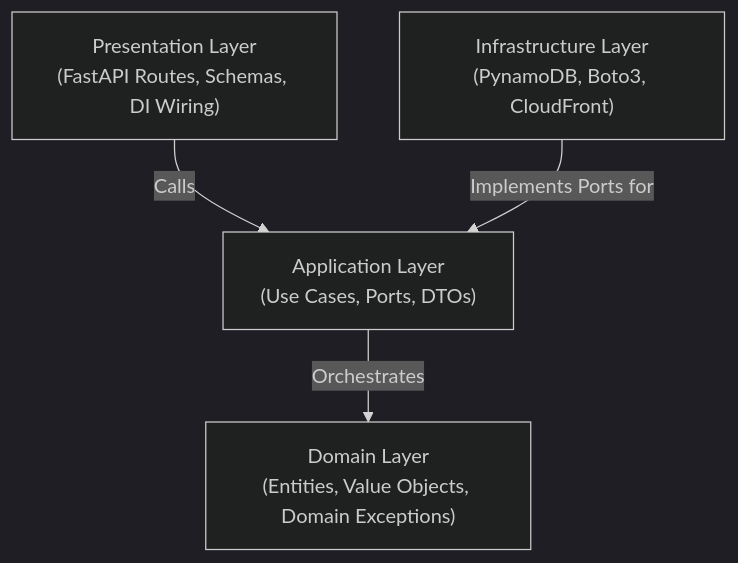
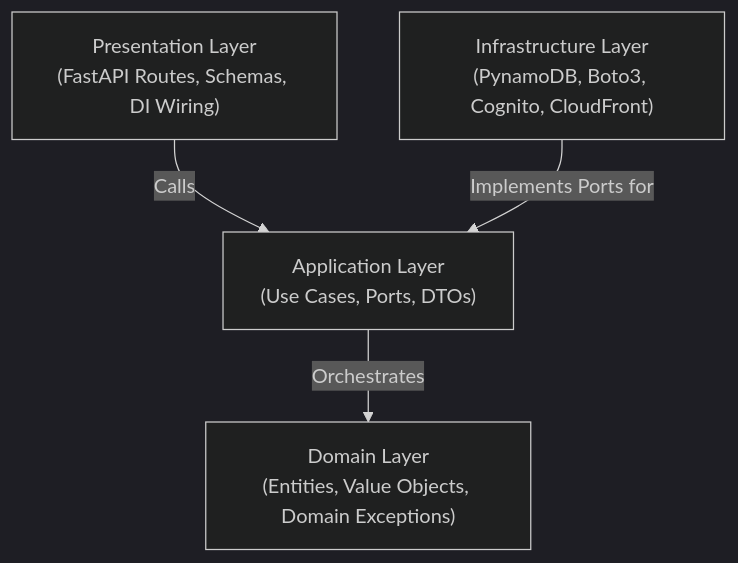
One commit to DurianPy-Davao-Python-User-Group/durianpy-badge-service-backend changed the diagram in README.md. Above: the diagram before and after it, drawn with Mermaid (dark theme). The commit also changed other lines of this file and 20 other files, not shown here.

````diff
--- a/README.md
+++ b/README.md
@@ -34,11 +35,11 @@
 ```mermaid
 flowchart TD
     Presentation["Presentation Layer<br/>(FastAPI Routes, Schemas, DI Wiring)"]
     Application["Application Layer<br/>(Use Cases, Ports, DTOs)"]
     Domain["Domain Layer<br/>(Entities, Value Objects, Domain Exceptions)"]
-    Infrastructure["Infrastructure Layer<br/>(PynamoDB, Boto3, CloudFront)"]
+    Infrastructure["Infrastructure Layer<br/>(PynamoDB, Boto3, Cognito, CloudFront)"]
 
     Presentation -->|Calls| Application
     Application -->|Orchestrates| Domain
     Infrastructure -->|Implements Ports for| Application
 ```
````
